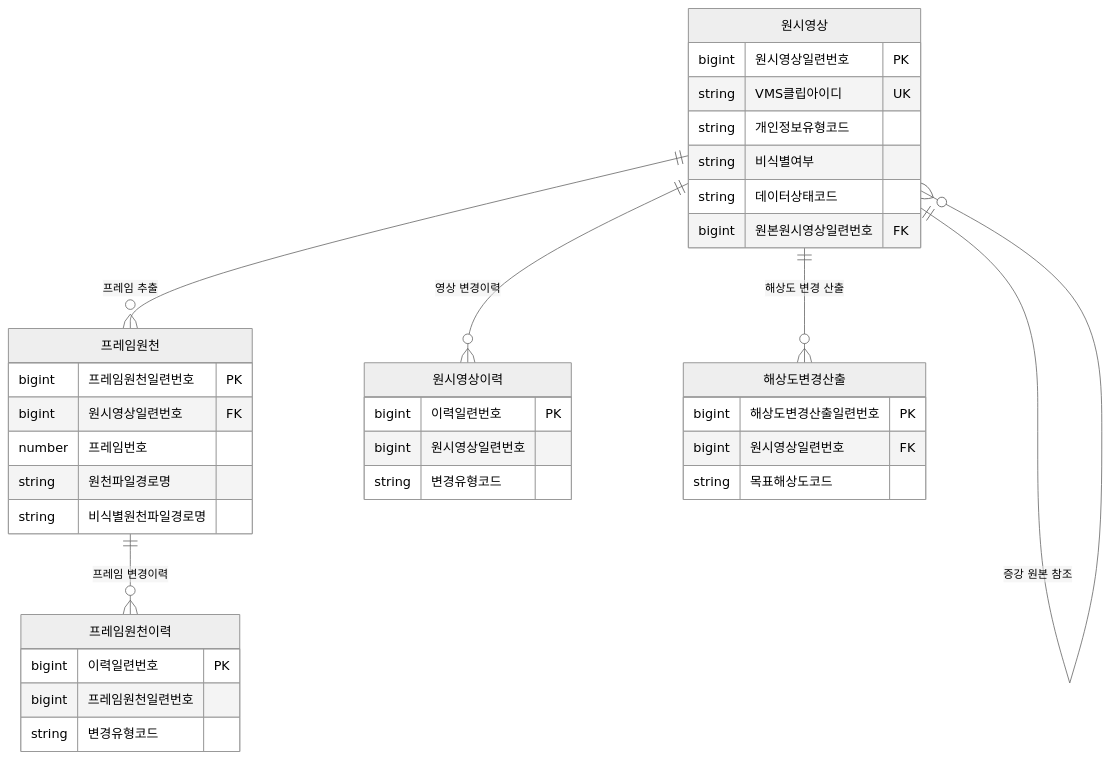
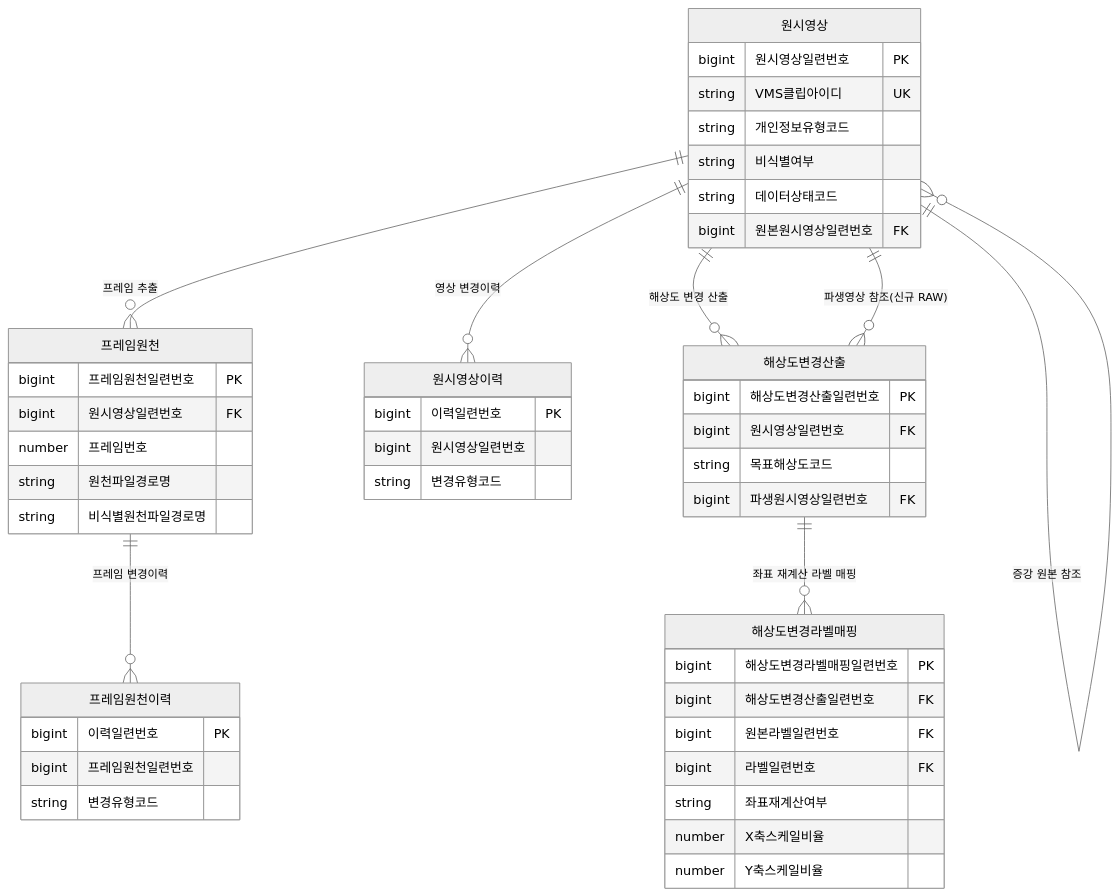
One commit to New-stella/klid-label changed the first of 14 diagrams in docs/design/D8-엔티티관계모형설계서-표준정합-20260711.md. Above: the diagram before and after it, drawn with Mermaid (neutral theme). The commit also changed other lines of this file and 33 other files, not shown here.

````diff
--- a/docs/design/D8-엔티티관계모형설계서-표준정합-20260711.md
+++ b/docs/design/D8-엔티티관계모형설계서-표준정합-20260711.md
@@ -55,43 +55,56 @@
 ```mermaid
 erDiagram
     원시영상 ||--o{ 프레임원천 : "프레임 추출"
     원시영상 ||--o{ 원시영상이력 : "영상 변경이력"
     프레임원천 ||--o{ 프레임원천이력 : "프레임 변경이력"
     원시영상 ||--o{ 해상도변경산출 : "해상도 변경 산출"
+    해상도변경산출 }o--|| 원시영상 : "파생영상 참조(신규 RAW)"
+    해상도변경산출 ||--o{ 해상도변경라벨매핑 : "좌표 재계산 라벨 매핑"
     원시영상 ||--o{ 원시영상 : "증강 원본 참조"
     원시영상 {
         %% class: LsDataRaw (KLID-AT-DC-012)
         bigint 원시영상일련번호 PK
         string VMS클립아이디 UK
         string 개인정보유형코드
         string 비식별여부
         string 데이터상태코드
         bigint 원본원시영상일련번호 FK
     }
     프레임원천 {
         %% class: LsDataSrc (KLID-AT-DC-043)
         bigint 프레임원천일련번호 PK
         bigint 원시영상일련번호 FK
         number 프레임번호
         string 원천파일경로명
         string 비식별원천파일경로명
     }
     원시영상이력 {
         %% class: - ※ (D1 미정의 · 부속/이력 엔티티)
         bigint 이력일련번호 PK
         bigint 원시영상일련번호
         string 변경유형코드
     }
     프레임원천이력 {
         %% class: - ※ (D1 미정의 · 부속/이력 엔티티)
         bigint 이력일련번호 PK
         bigint 프레임원천일련번호
         string 변경유형코드
     }
     해상도변경산출 {
         %% class: LsResolutionExport (KLID-AT-DC-017)
         bigint 해상도변경산출일련번호 PK
         bigint 원시영상일련번호 FK
         string 목표해상도코드
+        bigint 파생원시영상일련번호 FK
+    }
+    해상도변경라벨매핑 {
+        %% class: LsResolutionLblMap (KLID-AT-DC-025)
+        bigint 해상도변경라벨매핑일련번호 PK
+        bigint 해상도변경산출일련번호 FK
+        bigint 원본라벨일련번호 FK
+        bigint 라벨일련번호 FK
+        string 좌표재계산여부
+        number X축스케일비율
+        number Y축스케일비율
     }
 ```
````
